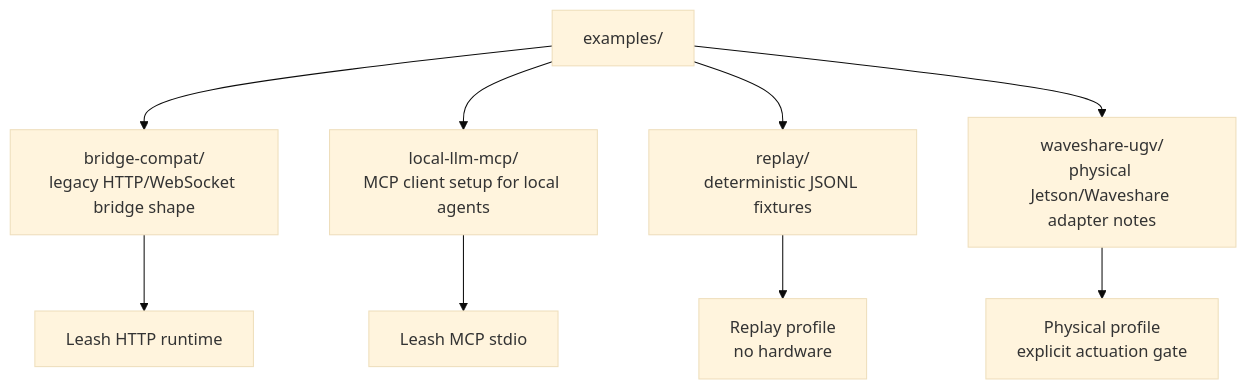
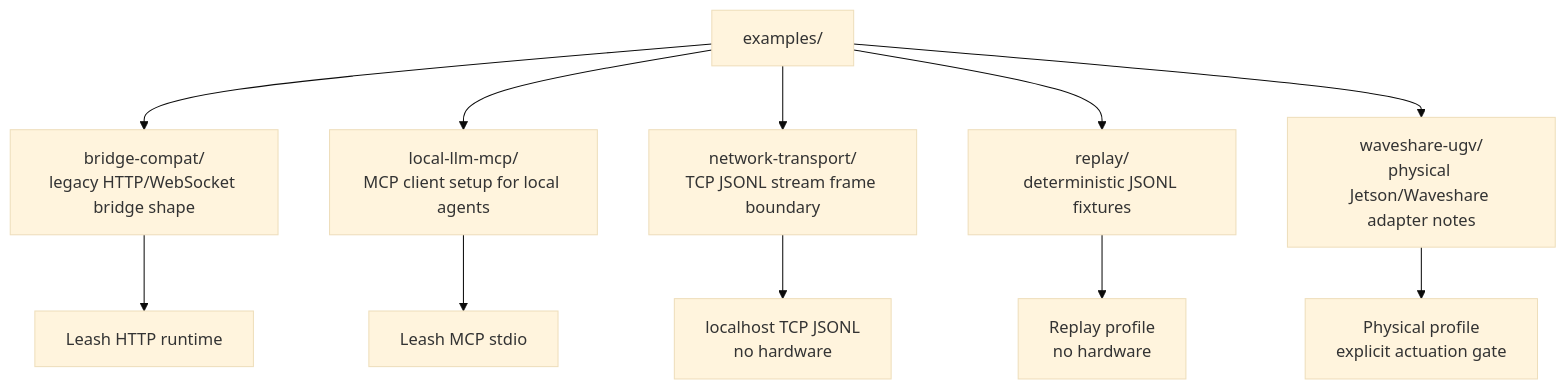
One commit to specdog/leash changed the diagram in examples/README.md. Above: the diagram before and after it, drawn with Mermaid (base theme). The commit also changed other lines of this file and 8 other files, not shown here.

Commit message:
Add TCP JSONL stream framing

````diff
--- a/examples/README.md
+++ b/examples/README.md
@@ -5,12 +5,14 @@
 ```mermaid
 flowchart TB
   examples["examples/"] --> bridge["bridge-compat/\nlegacy HTTP/WebSocket bridge shape"]
   examples --> local["local-llm-mcp/\nMCP client setup for local agents"]
+  examples --> network["network-transport/\nTCP JSONL stream frame boundary"]
   examples --> replay["replay/\ndeterministic JSONL fixtures"]
   examples --> ugv["waveshare-ugv/\nphysical Jetson/Waveshare adapter notes"]
 
   bridge --> http["Leash HTTP runtime"]
   local --> mcp["Leash MCP stdio"]
+  network --> tcp["localhost TCP JSONL\nno hardware"]
   replay --> deterministic["Replay profile\nno hardware"]
   ugv --> physical["Physical profile\nexplicit actuation gate"]
 ```
````
